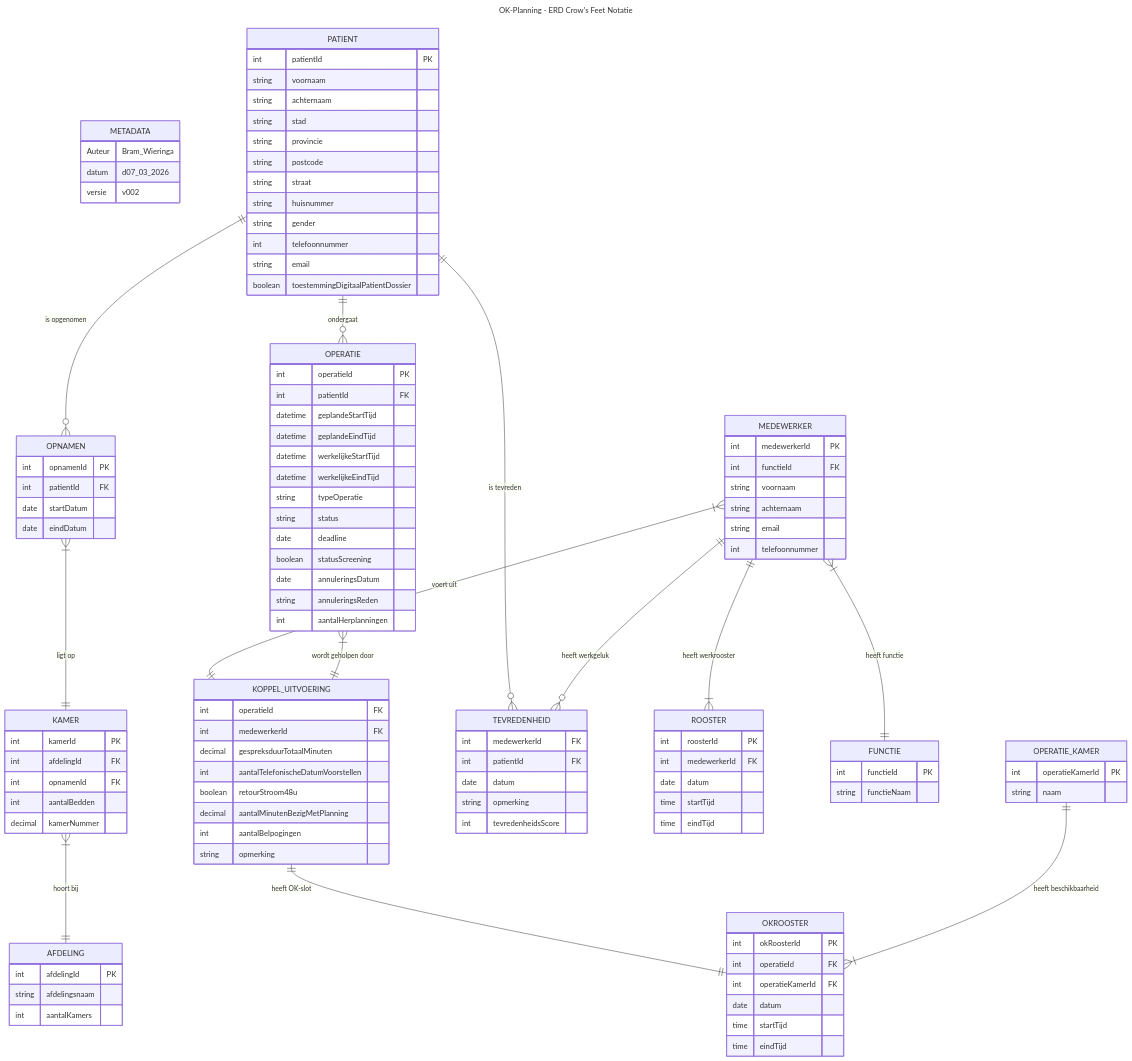
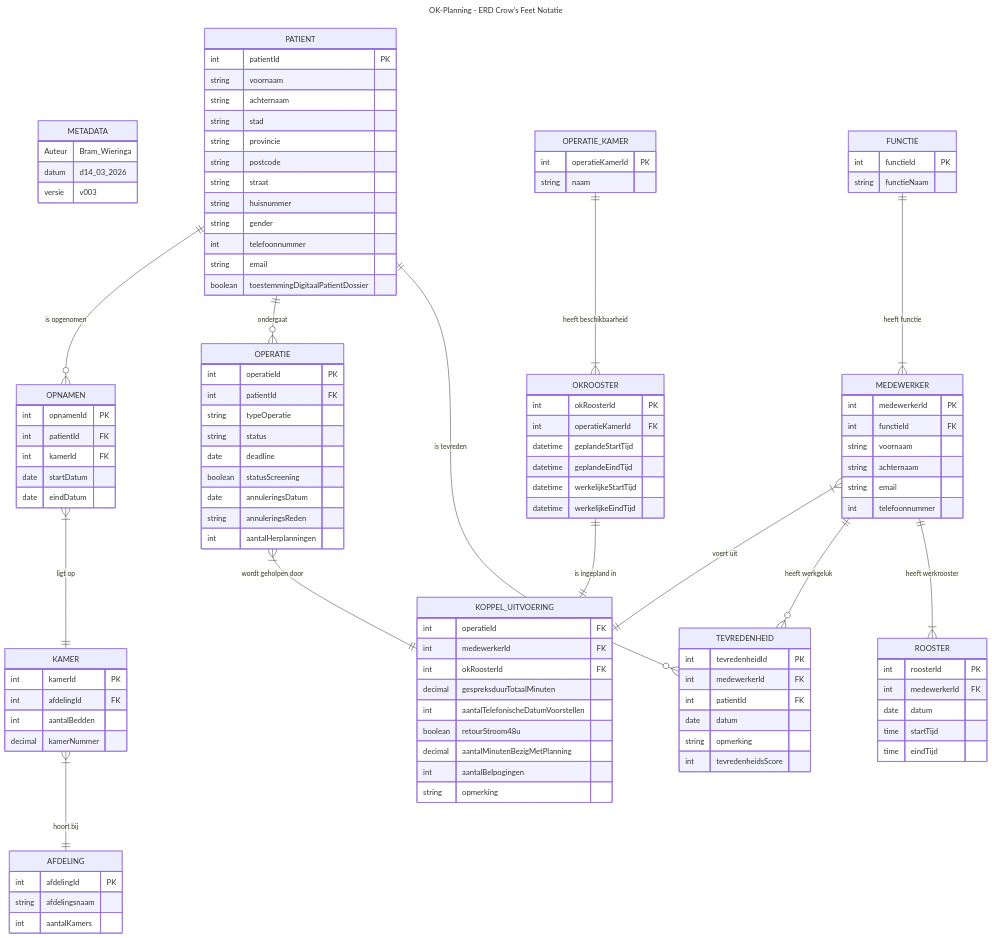
One commit to Boomstreek/StudieFontys changed the diagram in Sem02/Challenge01/02 Design/ERD - Crow's Feet - OK-Planning.md. Above: the diagram before and after it, drawn with Mermaid. The commit also changed 17 other files, not shown here.

```diff
--- a/Sem02/Challenge01/02 Design/ERD - Crow's Feet - OK-Planning.md
+++ b/Sem02/Challenge01/02 Design/ERD - Crow's Feet - OK-Planning.md
@@ -5,8 +5,8 @@
 erDiagram
     METADATA {
     Auteur Bram_Wieringa
-    datum d07_03_2026
-    versie v002
+    datum d14_03_2026
+    versie v003
     }
     
     PATIENT ||--o{ OPNAMEN : "is opgenomen"
@@ -16,13 +16,13 @@
     PATIENT ||--o{ OPERATIE : ondergaat
     MEDEWERKER }|--|| KOPPEL_UITVOERING : "voert uit"
     OPERATIE }|--|| KOPPEL_UITVOERING : "wordt geholpen door"
-    KOPPEL_UITVOERING ||--|| OKROOSTER : "heeft OK-slot"
+    OKROOSTER ||--|| KOPPEL_UITVOERING : "is ingepland in"
     
+    MEDEWERKER ||--o{ TEVREDENHEID : "heeft werkgeluk"
     PATIENT ||--o{ TEVREDENHEID : "is tevreden"
-    MEDEWERKER ||--o{ TEVREDENHEID : "heeft werkgeluk"
     
     MEDEWERKER ||--|{ ROOSTER : "heeft werkrooster"
-    MEDEWERKER }|--|| FUNCTIE : "heeft functie"
+    FUNCTIE ||--|{ MEDEWERKER : "heeft functie"
     
     OPERATIE_KAMER ||--|{ OKROOSTER : "heeft beschikbaarheid"
     
@@ -44,6 +44,7 @@
     OPNAMEN {
     int opnamenId PK
     int patientId FK
+    int kamerId FK
     date startDatum
     date eindDatum
     }
@@ -51,7 +52,6 @@
     KAMER {
     int kamerId PK
     int afdelingId FK
-    int opnamenId FK
     int aantalBedden
     decimal kamerNummer
     }
@@ -85,6 +85,7 @@
     }
     
     TEVREDENHEID{
+    int tevredenheidId PK
     int medewerkerId FK
     int patientId FK
     date datum
@@ -95,10 +96,6 @@
     OPERATIE {
     int operatieId PK
     int patientId FK
-    datetime geplandeStartTijd
-    datetime geplandeEindTijd
-    datetime werkelijkeStartTijd
-    datetime werkelijkeEindTijd
     string typeOperatie
     string status
     date deadline
@@ -110,11 +107,11 @@
     
     OKROOSTER {
     int okRoosterId PK
-    int operatieId FK
     int operatieKamerId FK
-    date datum
-    time startTijd
-    time eindTijd
+    datetime geplandeStartTijd
+    datetime geplandeEindTijd
+    datetime werkelijkeStartTijd
+    datetime werkelijkeEindTijd
     }
     
     OPERATIE_KAMER {
@@ -125,6 +122,7 @@
     KOPPEL_UITVOERING {
     int operatieId FK
     int medewerkerId FK
+    int okRoosterId FK
     decimal gespreksduurTotaalMinuten
     int aantalTelefonischeDatumVoorstellen
     boolean retourStroom48u
```
